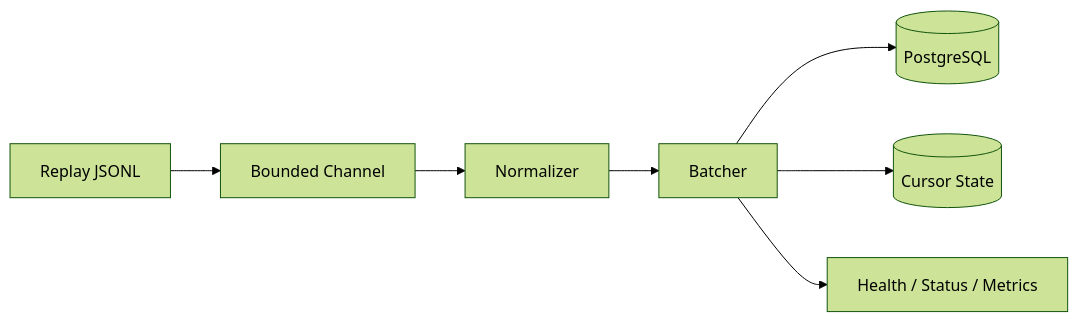
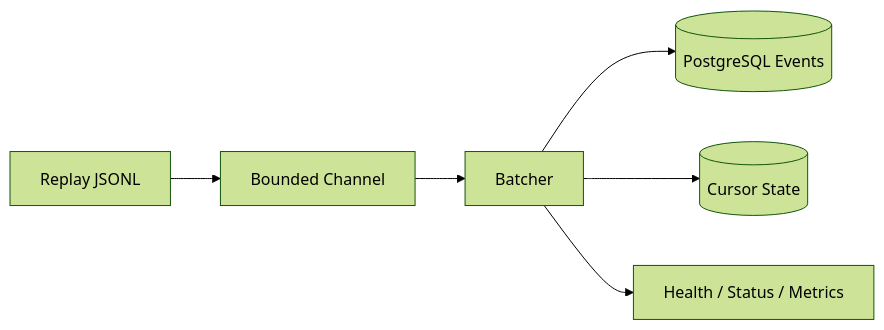
The first of 2 diagrams in README.md (maksim-dzhigil/solana-yellowstone-stream-processor), drawn with Mermaid (forest theme) before and after one commit. The commit also changed other lines of this file and 1 other file, not shown here.

````diff
--- a/README.md
+++ b/README.md
@@ -11,9 +11,8 @@
 ```mermaid
 flowchart LR
     R[Replay JSONL] --> C[Bounded Channel]
-    C --> N[Normalizer]
-    N --> B[Batcher]
-    B --> P[(PostgreSQL)]
+    C --> B[Batcher]
+    B --> P[(PostgreSQL Events)]
     B --> CUR[(Cursor State)]
     B --> H[Health / Status / Metrics]
 ```
````
